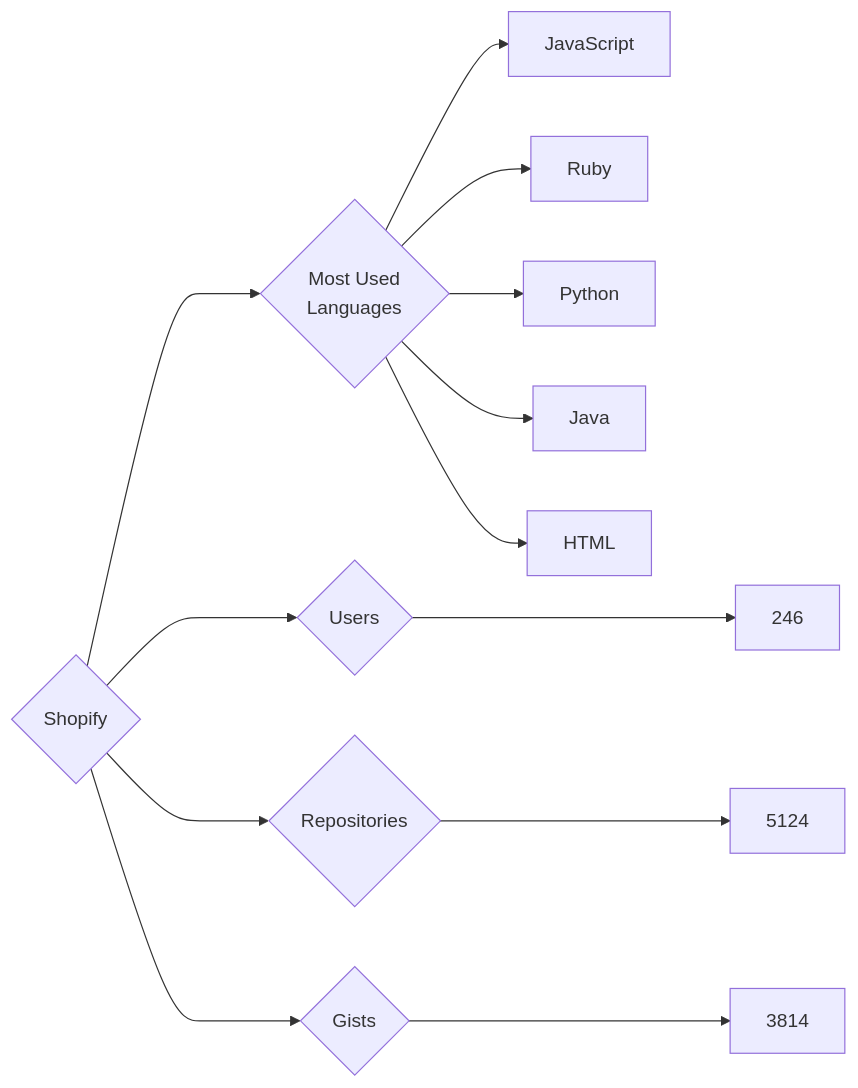
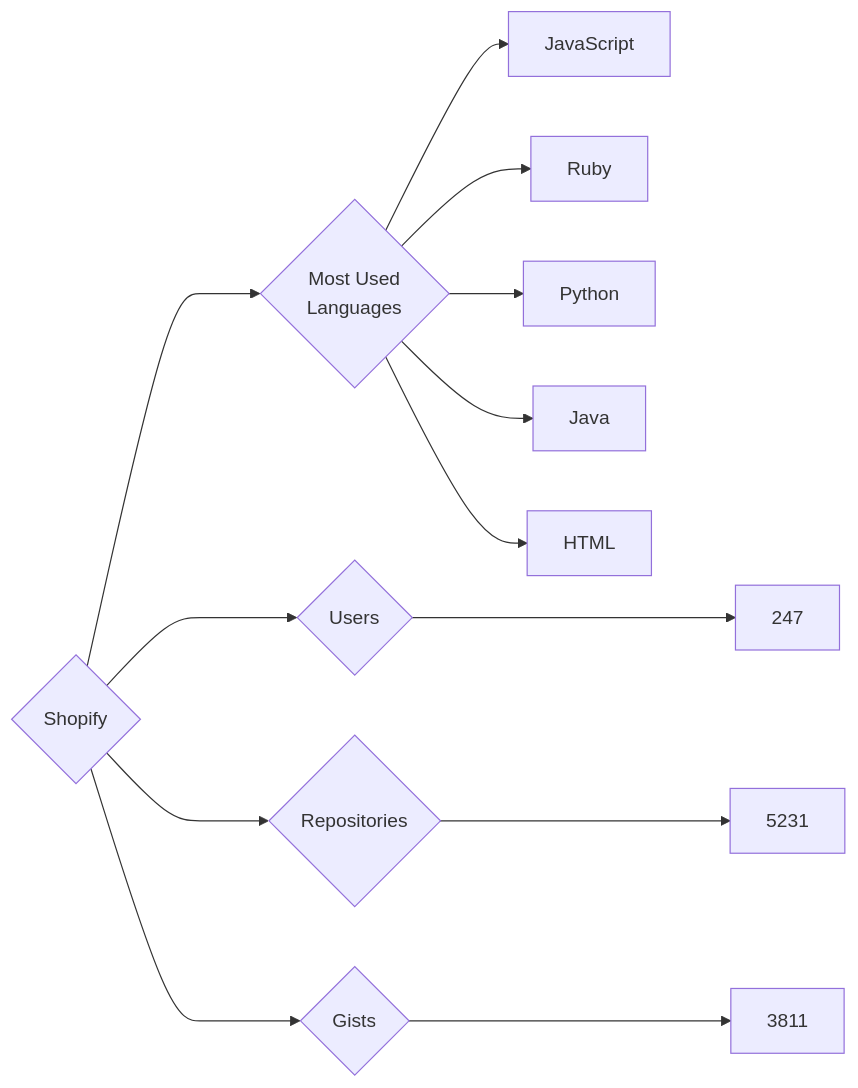
The diagram in targets/Shopify/README.md (trickest/insiders), drawn with Mermaid before and after one commit. The commit also changed 948 other files, not shown here.

````diff
--- a/targets/Shopify/README.md
+++ b/targets/Shopify/README.md
@@ -3,13 +3,13 @@
 ```mermaid
 graph LR
 COMPANY_NAME{Shopify}
-COMPANY_NAME ---> U{Users} ---> UN[246]
-COMPANY_NAME ---> R{Repositories} ---> RN[5124]
-COMPANY_NAME ---> G{Gists} ---> GN[3814]
+COMPANY_NAME ---> U{Users} ---> UN[247]
+COMPANY_NAME ---> R{Repositories} ---> RN[5231]
+COMPANY_NAME ---> G{Gists} ---> GN[3811]
 COMPANY_NAME ---> ML{Most Used<br>Languages}
 ML --> JavaScript[JavaScript]
 ML --> Ruby[Ruby]
 ML --> Python[Python]
 ML --> Java[Java]
 ML --> HTML[HTML]
 ```
````
